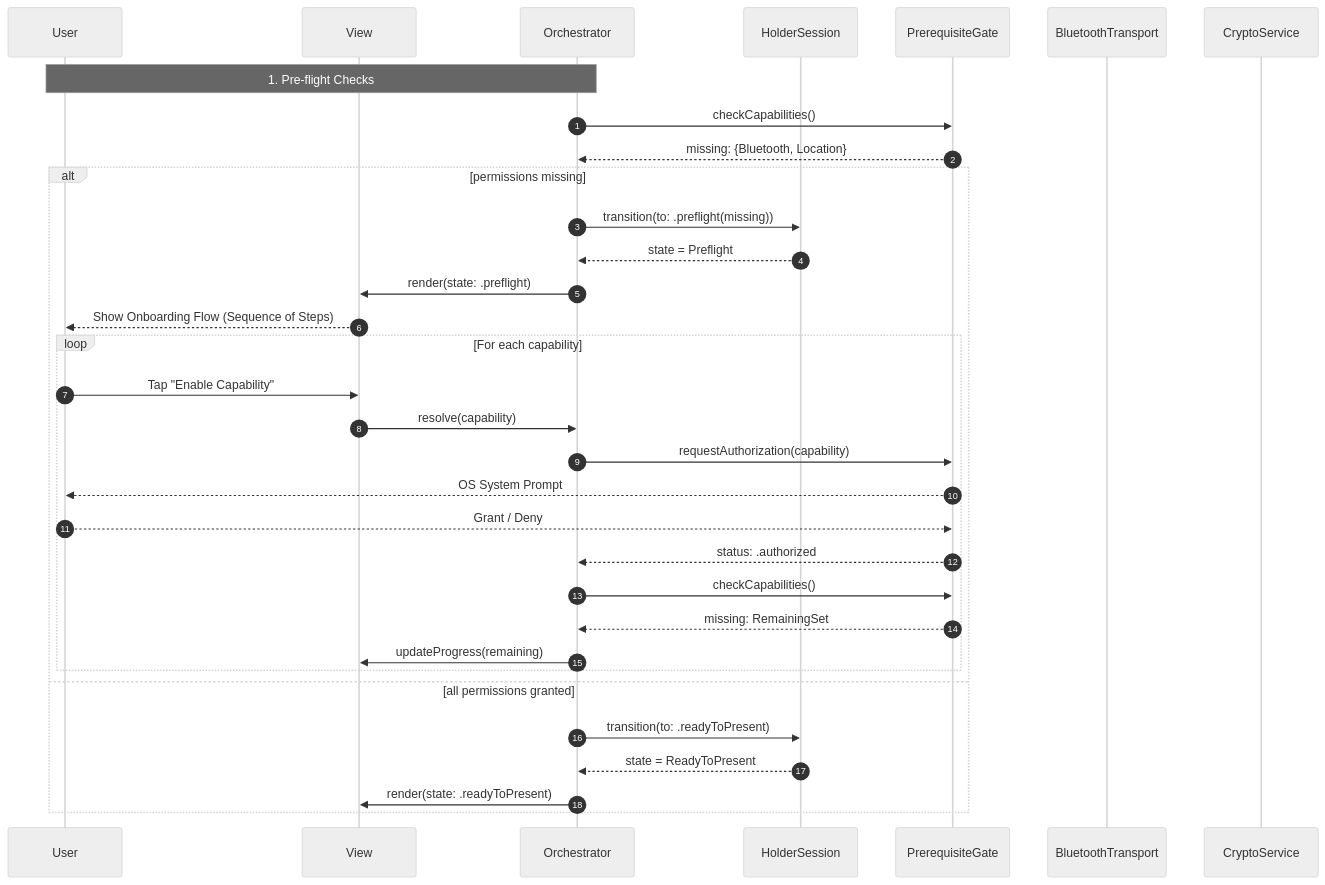
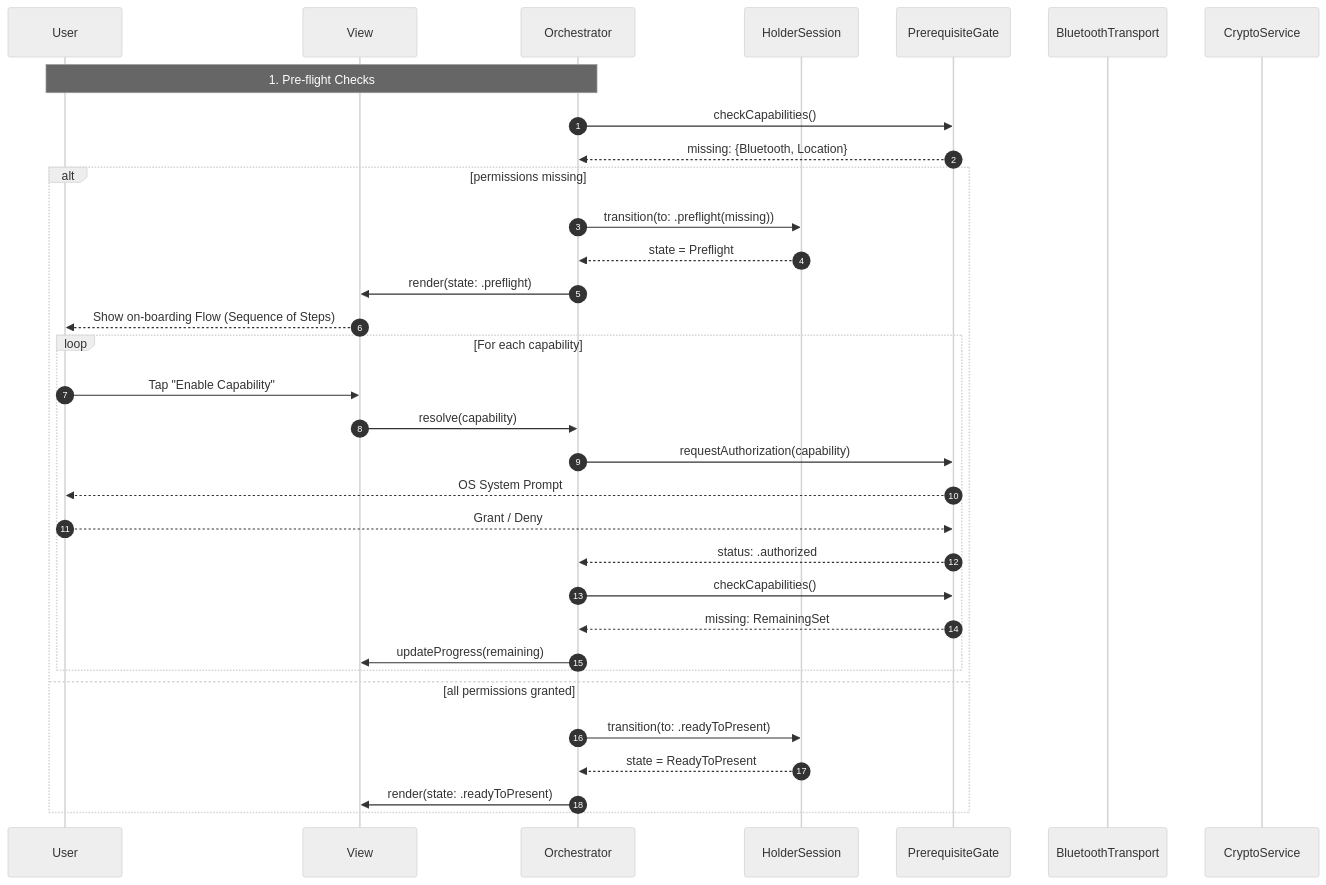
One commit to govuk-one-login/mobile-credential-sharing-docs changed the second of 7 diagrams in holder-solution-architecture.md. Above: the diagram before and after it, drawn with Mermaid (neutral theme). The commit also changed other lines of this file and 1 other file, not shown here.

Commit message:
docs: Resolve vale issues in holder architecture

````diff
--- a/holder-solution-architecture.md
+++ b/holder-solution-architecture.md
@@ -189,42 +190,42 @@
 ```mermaid
 sequenceDiagram
     autonumber
     participant User
     participant UI as View
     participant OR as Orchestrator
     participant HS as HolderSession
     participant PG as PrerequisiteGate
     participant BLE as BluetoothTransport
     participant CRY as CryptoService
     Note over User, OR: 1. Pre-flight Checks
 %% 1. Batch Check
     OR ->> PG: checkCapabilities()
     PG -->> OR: missing: {Bluetooth, Location}
 
     alt permissions missing
         OR ->> HS: transition(to: .preflight(missing))
         HS -->> OR: state = Preflight
         OR ->> UI: render(state: .preflight)
-    %% 2. Unified Onboarding
-        UI -->> User: Show Onboarding Flow (Sequence of Steps)
+    %% 2. Unified on-boarding
+        UI -->> User: Show on-boarding Flow (Sequence of Steps)
     %% 3. Sequential Resolution
         loop For each capability
             User ->> UI: Tap "Enable Capability"
             UI ->> OR: resolve(capability)
             OR ->> PG: requestAuthorization(capability)
             PG -->> User: OS System Prompt
             User -->> PG: Grant / Deny
             PG -->> OR: status: .authorized
         %% Re-check to confirm progress or completion
             OR ->> PG: checkCapabilities()
             PG -->> OR: missing: RemainingSet
             OR ->> UI: updateProgress(remaining)
         end
 
     else all permissions granted
         OR ->> HS: transition(to: .readyToPresent)
         HS -->> OR: state = ReadyToPresent
         OR ->> UI: render(state: .readyToPresent)
     end
 
 ```
````
